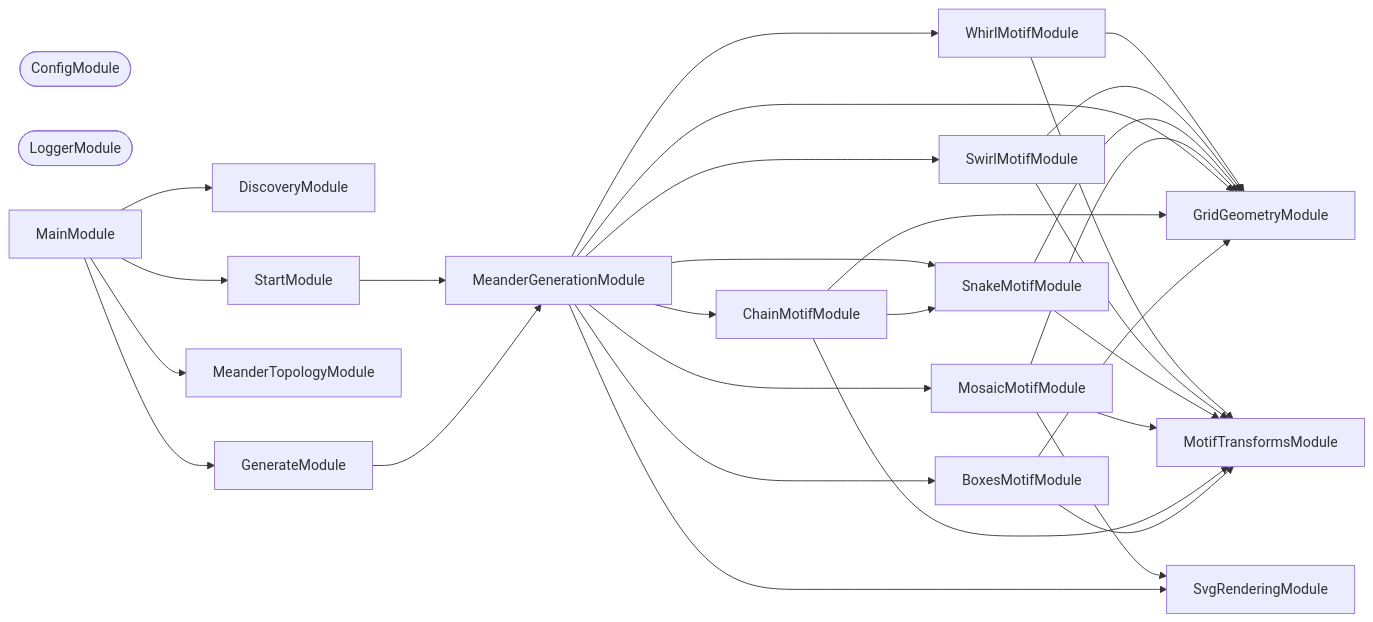
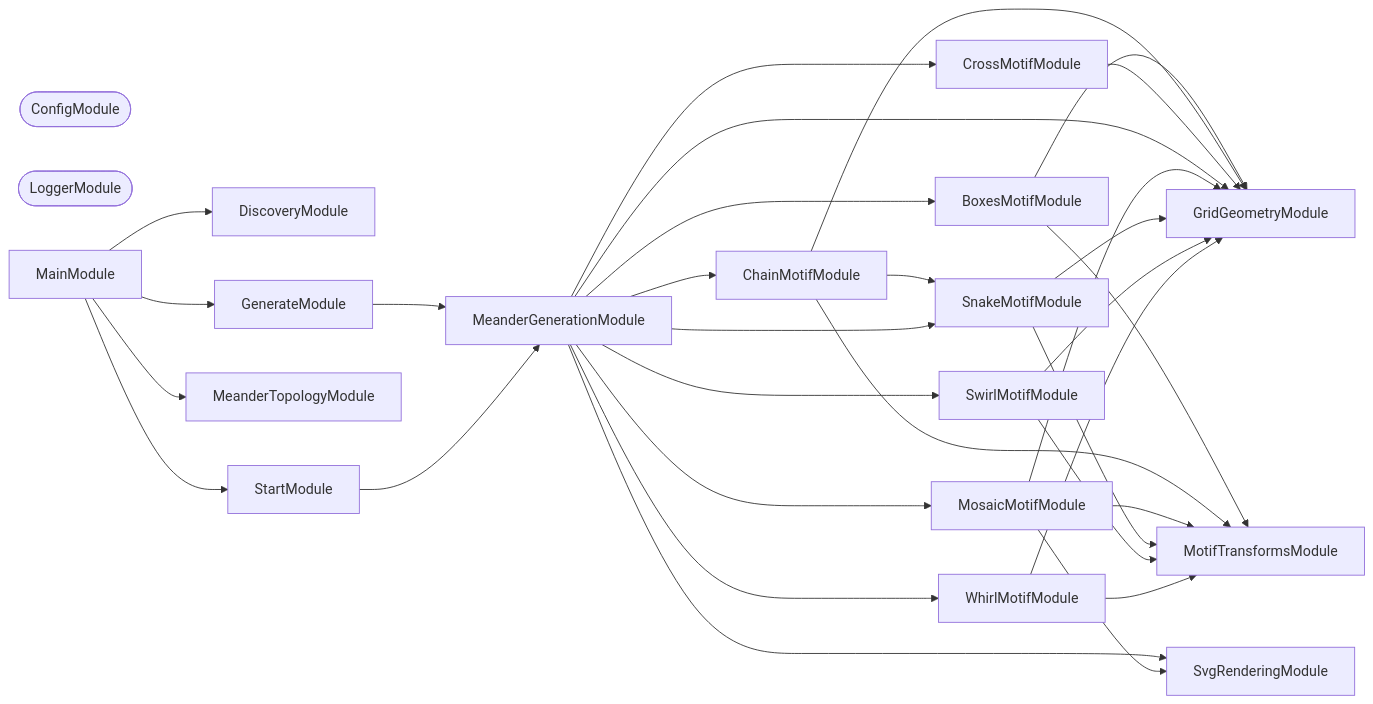
The second of 3 diagrams in applications/meanderaw/README.md (JimmyPaolini/codebase), drawn with Mermaid before and after one commit. The commit also changed other lines of this file and 3 other files, not shown here.

````diff
--- a/applications/meanderaw/README.md
+++ b/applications/meanderaw/README.md
@@ -955,48 +955,51 @@
 ```mermaid
 flowchart LR
   BoxesMotifModule
   ChainMotifModule
   ConfigModule([ConfigModule])
+  CrossMotifModule
   DiscoveryModule
   GenerateModule
   GridGeometryModule
   LoggerModule([LoggerModule])
   MainModule
   MeanderGenerationModule
   MeanderTopologyModule
   MosaicMotifModule
   MotifTransformsModule
   SnakeMotifModule
   StartModule
   SvgRenderingModule
   SwirlMotifModule
   WhirlMotifModule
   BoxesMotifModule --> GridGeometryModule
   BoxesMotifModule --> MotifTransformsModule
   ChainMotifModule --> GridGeometryModule
   ChainMotifModule --> MotifTransformsModule
   ChainMotifModule --> SnakeMotifModule
+  CrossMotifModule --> GridGeometryModule
   GenerateModule --> MeanderGenerationModule
   MainModule --> DiscoveryModule
   MainModule --> GenerateModule
   MainModule --> MeanderTopologyModule
   MainModule --> StartModule
   MeanderGenerationModule --> BoxesMotifModule
   MeanderGenerationModule --> ChainMotifModule
+  MeanderGenerationModule --> CrossMotifModule
   MeanderGenerationModule --> GridGeometryModule
   MeanderGenerationModule --> MosaicMotifModule
   MeanderGenerationModule --> SnakeMotifModule
   MeanderGenerationModule --> SvgRenderingModule
   MeanderGenerationModule --> SwirlMotifModule
   MeanderGenerationModule --> WhirlMotifModule
   MosaicMotifModule --> GridGeometryModule
   MosaicMotifModule --> MotifTransformsModule
   MosaicMotifModule --> SvgRenderingModule
   SnakeMotifModule --> GridGeometryModule
   SnakeMotifModule --> MotifTransformsModule
   StartModule --> MeanderGenerationModule
   SwirlMotifModule --> GridGeometryModule
   SwirlMotifModule --> MotifTransformsModule
   WhirlMotifModule --> GridGeometryModule
   WhirlMotifModule --> MotifTransformsModule
 ```
````
